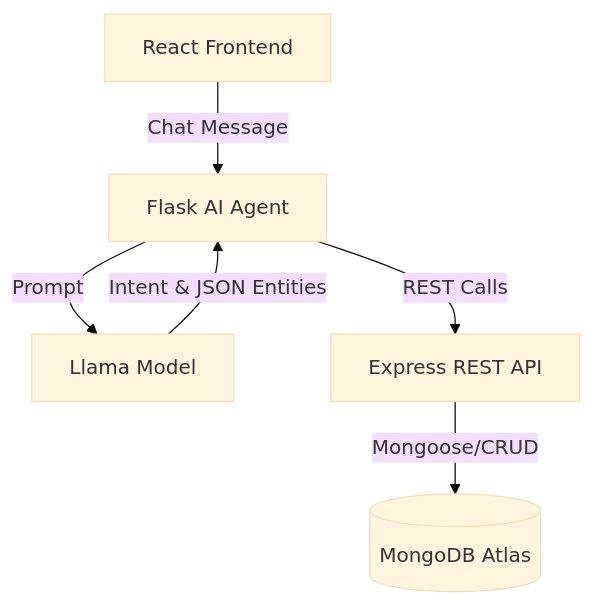
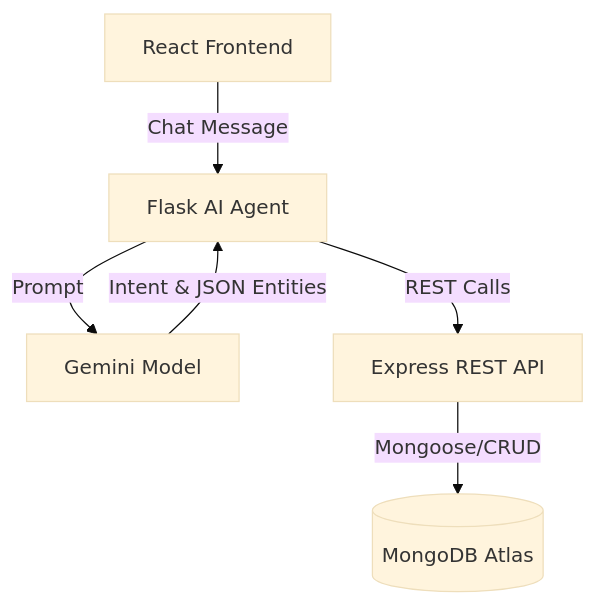
Before and after one commit to Nourin04/Student-Management-Portal: the second of 3 diagrams in README.md, drawn with Mermaid (base theme). The commit also changed other lines of this file and 2 other files, not shown here.

Commit message:
Switch AI agent back to Gemini and add API rate limiter

````diff
--- a/README.md
+++ b/README.md
@@ -74,8 +74,8 @@
 ```mermaid
 graph TD
     A[React Frontend] -->|Chat Message| B[Flask AI Agent]
-    B -->|Prompt| C[Llama Model]
+    B -->|Prompt| C[Gemini Model]
     C -->|Intent & JSON Entities| B
     B -->|REST Calls| D[Express REST API]
     D -->|Mongoose/CRUD| E[(MongoDB Atlas)]
 ```
````
